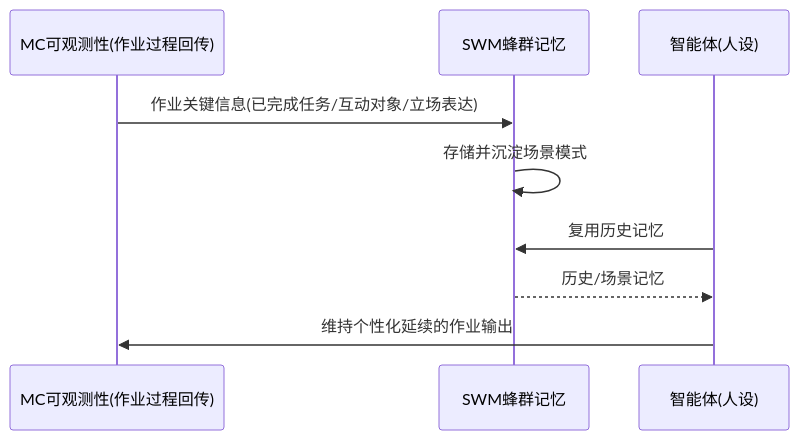
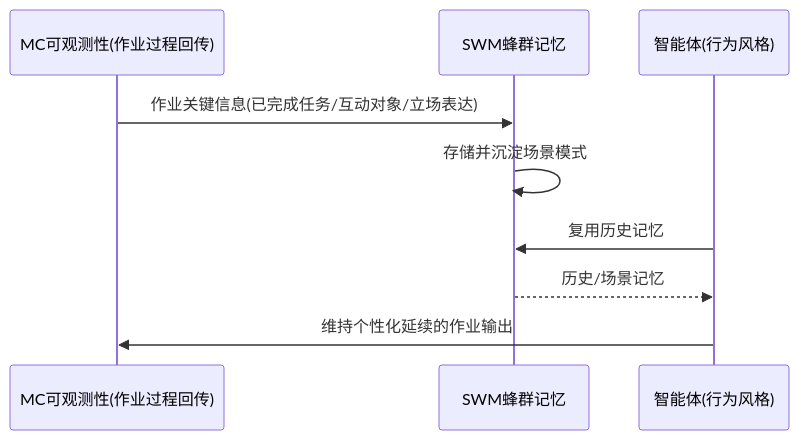
Before and after one commit to Sj-g/obsidian: the fourth of 10 diagrams in 公司项目/认知作战/文档/SRS/软件需求规格说明-SWM子系统.md, drawn with Mermaid. The commit also changed other lines of this file and 9 other files, not shown here.

````diff
--- a/公司项目/认知作战/文档/SRS/软件需求规格说明-SWM子系统.md
+++ b/公司项目/认知作战/文档/SRS/软件需求规格说明-SWM子系统.md
@@ -193,11 +193,11 @@
 ```mermaid
 sequenceDiagram
   participant MC as MC可观测性(作业过程回传)
   participant 记忆 as SWM蜂群记忆
-  participant 智能体 as 智能体(人设)
+  participant 智能体 as 智能体(行为风格)
   MC->>记忆: 作业关键信息(已完成任务/互动对象/立场表达)
   记忆->>记忆: 存储并沉淀场景模式
   智能体->>记忆: 复用历史记忆
   记忆-->>智能体: 历史/场景记忆
   智能体->>MC: 维持个性化延续的作业输出
 ```
````
